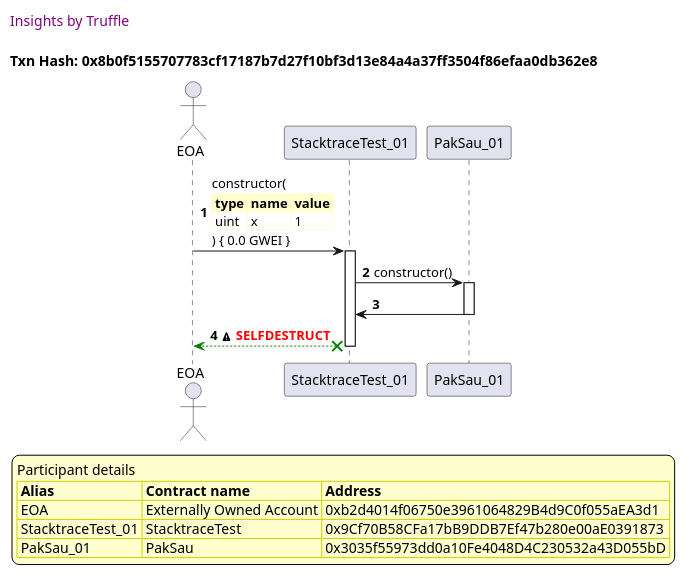
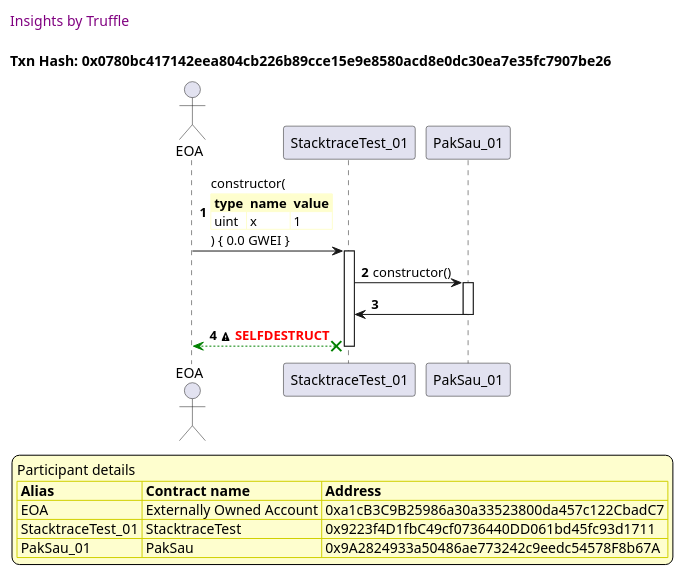
Before and after one commit to trufflesuite/txlog-seedlings: the tenth of 10 diagrams in truffle-seq/stacktrace.test.md, drawn with PlantUML. The commit also changed other lines of this file and 8 other files, not shown here.

````diff
--- a/truffle-seq/stacktrace.test.md
+++ b/truffle-seq/stacktrace.test.md
@@ -588,44 +588,44 @@
 ```plantuml
 
 
 @startuml
 
 autonumber
 skinparam legendBackgroundColor #FEFECE
 
 <style>
       header {
         HorizontalAlignment left
         FontColor purple
         FontSize 14
         Padding 10
       }
     </style>
 
 header Insights by Truffle
 
-title Txn Hash: 0x8b0f5155707783cf17187b7d27f10bf3d13e84a4a37ff3504f86efaa0db362e8
+title Txn Hash: 0x0780bc417142eea804cb226b89cce15e9e8580acd8e0dc30ea7e35fc7907be26
 
 
 actor EOA as "EOA"
 participant StacktraceTest_01 as "StacktraceTest_01"
 participant PakSau_01 as "PakSau_01"
 
 "EOA" -> "StacktraceTest_01" ++: constructor(\n\
 <#FEFECE,#FEFECE>|= type |= name |= value |\n\
 | uint | x | 1 |\n\
 ) { 0.0 GWEI }
 "StacktraceTest_01" -> "PakSau_01" ++: constructor()
 "PakSau_01" -> "StacktraceTest_01" --: 
 "StacktraceTest_01" x-[#green]-> "EOA" --: <&warning> <color #red>**SELFDESTRUCT**</color>
 
 legend
 Participant details
 <#FEFECE,#D0D000>|= Alias |= Contract name |= Address |
-<#FEFECE>| EOA | Externally Owned Account | 0xb2d4014f06750e3961064829B4d9C0f055aEA3d1 |
-<#FEFECE>| StacktraceTest_01 | StacktraceTest | 0x9Cf70B58CFa17bB9DDB7Ef47b280e00aE0391873 |
-<#FEFECE>| PakSau_01 | PakSau | 0x3035f55973dd0a10Fe4048D4C230532a43D055bD |
+<#FEFECE>| EOA | Externally Owned Account | 0xa1cB3C9B25986a30a33523800da457c122CbadC7 |
+<#FEFECE>| StacktraceTest_01 | StacktraceTest | 0x9223f4D1fbC49cf0736440DD061bd45fc93d1711 |
+<#FEFECE>| PakSau_01 | PakSau | 0x9A2824933a50486ae773242c9eedc54578F8b67A |
 endlegend
 
 @enduml
 ```
````
